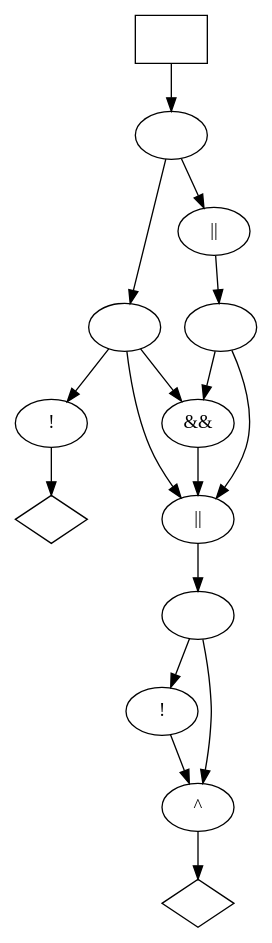
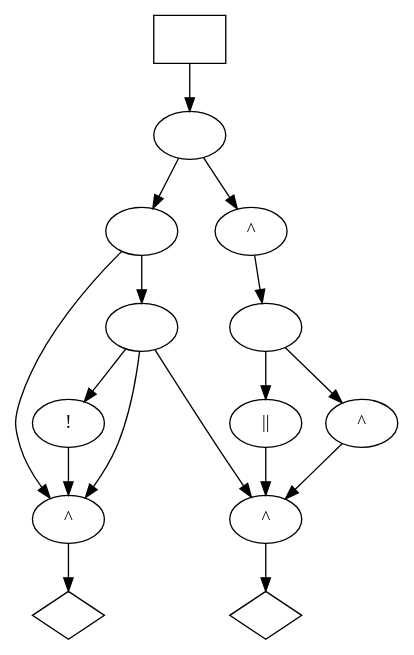
Before and after one commit to p9romain/bool-circuits: the diagram in dot_files/bool_circ/random.dot, drawn with Graphviz. The commit also changed 46 other files, not shown here.

```diff
--- a/dot_files/bool_circ/random.dot
+++ b/dot_files/bool_circ/random.dot
@@ -1,31 +1,31 @@
 digraph G {
 n0 [label=" "];
-n1 [label="||"];
-n2 [label="&&"];
-n3 [label="||"];
-n4 [label="!"];
-n5 [label="!"];
+n1 [label=" "];
+n2 [label="!"];
+n3 [label="^"];
+n4 [label="||"];
+n5 [label="^"];
 n6 [label="^"];
-n8 [label="",shape="box"];
-n9 [label=" "];
-n10 [label="",shape="diamond"];
+n9 [label="",shape="box"];
+n10 [label="^"];
+n8 [label=" "];
 n11 [label="",shape="diamond"];
-n12 [label=" "];
+n12 [label="",shape="diamond"];
 n13 [label=" "];
-n0 -> n2
+n0 -> n1
 n0 -> n3
-n0 -> n4
-n1 -> n13
+n1 -> n2
+n1 -> n3
+n1 -> n6
 n2 -> n3
-n3 -> n12
-n4 -> n10
+n3 -> n11
+n4 -> n6
 n5 -> n6
-n6 -> n11
-n8 -> n9
-n9 -> n1
-n9 -> n0
-n12 -> n5
-n12 -> n6
-n13 -> n2
-n13 -> n3
+n6 -> n12
+n9 -> n8
+n10 -> n13
+n8 -> n10
+n8 -> n0
+n13 -> n5
+n13 -> n4
 }
```
